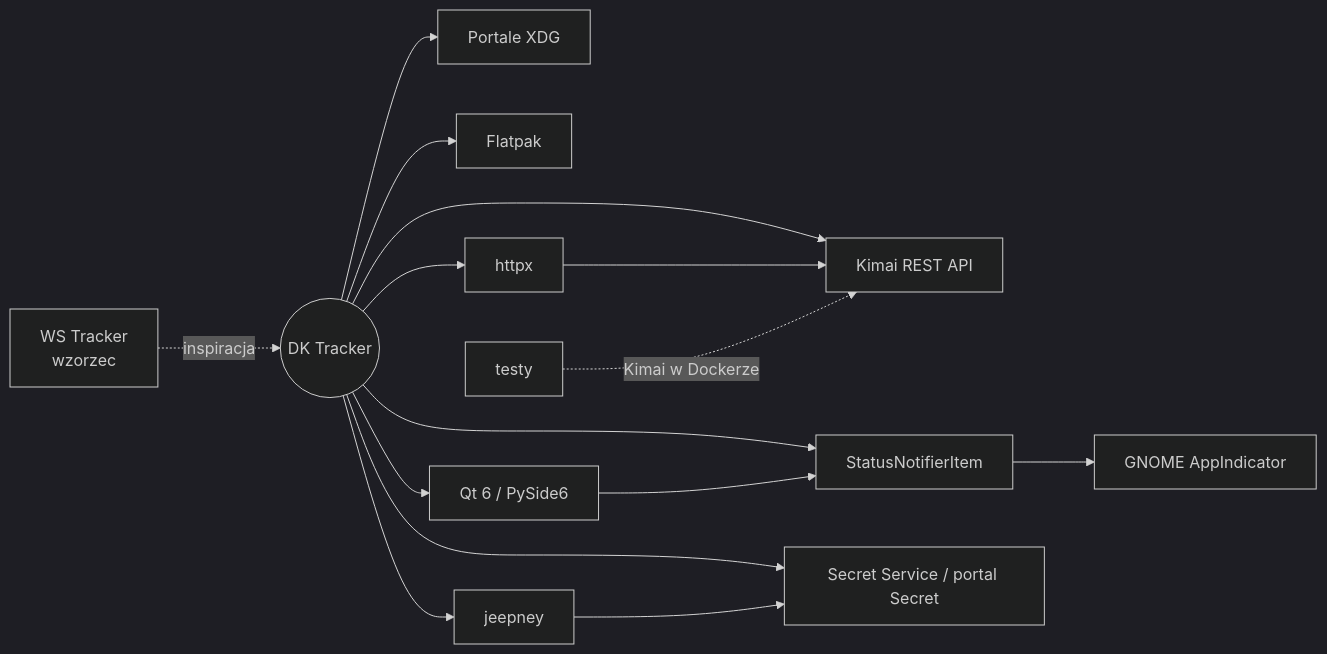
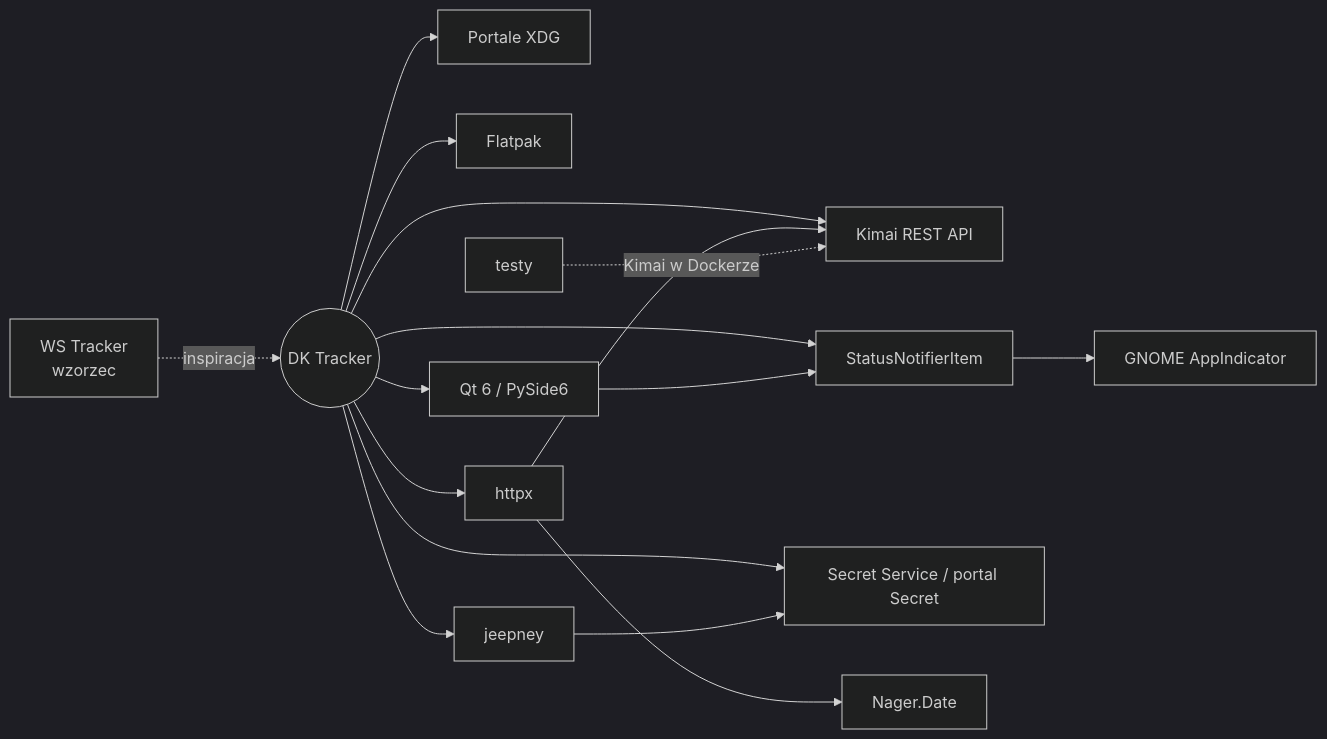
Before and after one commit to DragonKing026/DK-Tracker-Linux: the diagram in docs/integracje/README.md, drawn with Mermaid (dark theme). The commit also changed other lines of this file and 1 other file, not shown here.

Commit message:
docs(integracje): opisz Nager.Date

````diff
--- a/docs/integracje/README.md
+++ b/docs/integracje/README.md
@@ -14,16 +14,17 @@
 ```mermaid
 flowchart LR
     APP((DK Tracker))
     APP --> K[Kimai REST API]
     APP --> SNI[StatusNotifierItem]
     SNI --> GN[GNOME AppIndicator]
     APP --> SEC[Secret Service / portal Secret]
     APP --> POR[Portale XDG]
     APP --> FP[Flatpak]
     APP --> QT[Qt 6 / PySide6]
     APP --> HX[httpx] --> K
+    HX --> ND[Nager.Date]
     APP --> JP[jeepney] --> SEC
     QT --> SNI
     REF[WS Tracker<br/>wzorzec] -. inspiracja .-> APP
     TST[testy] -. Kimai w Dockerze .-> K
 ```
````
